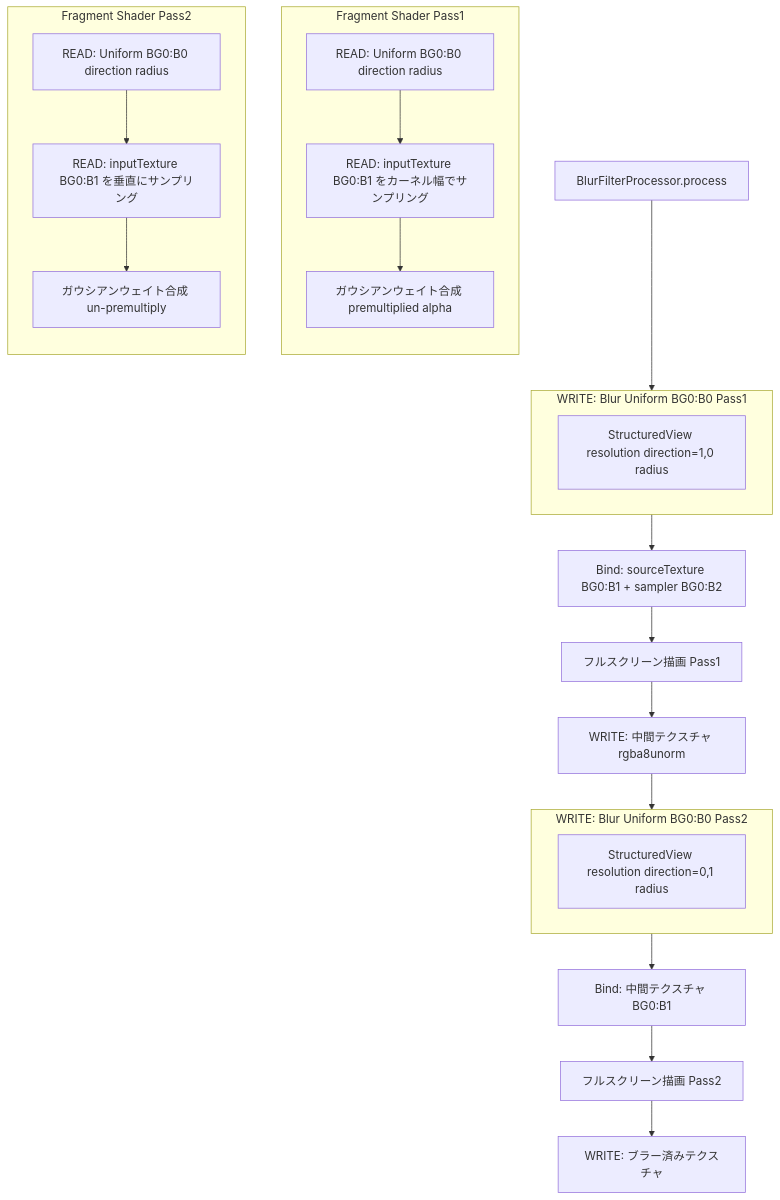
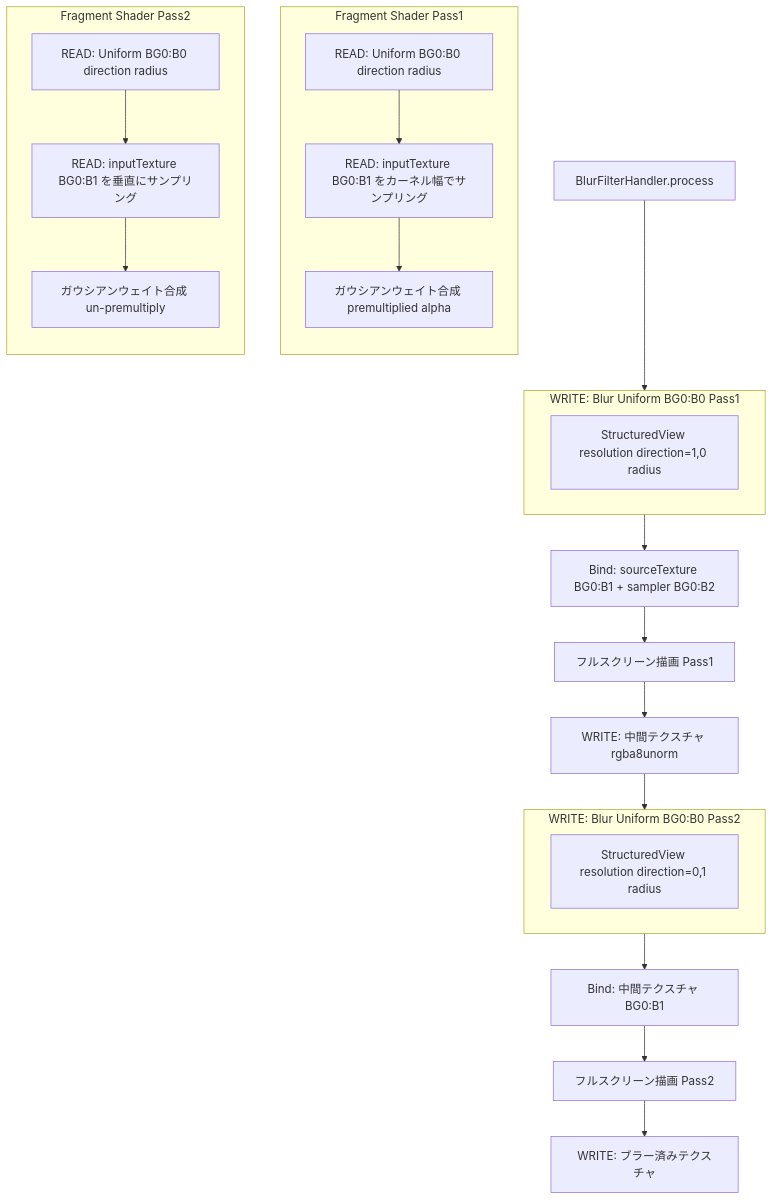
Before and after one commit to hanakla/paplico: diagram 14 of 15 in docs/renderer-architecture.md, drawn with Mermaid. The commit also changed other lines of this file and 1316 other files, not shown here.

````diff
--- a/docs/renderer-architecture.md
+++ b/docs/renderer-architecture.md
@@ -630,42 +630,42 @@
 ```mermaid
 flowchart TD
-    Blur[BlurFilterProcessor.process]
+    Blur[BlurFilterHandler.process]
 
     Blur --> WriteH
 
     subgraph WriteH [WRITE: Blur Uniform BG0:B0 Pass1]
         direction LR
         HData[StructuredView resolution direction=1,0 radius]
     end
 
     WriteH --> BindH[Bind: sourceTexture BG0:B1 + sampler BG0:B2]
     BindH --> DrawH[フルスクリーン描画 Pass1]
 
     subgraph ShaderH [Fragment Shader Pass1]
         direction TB
         ReadH[READ: Uniform BG0:B0 direction radius]
         ReadH --> SampleH[READ: inputTexture BG0:B1 をカーネル幅でサンプリング]
         SampleH --> GaussH[ガウシアンウェイト合成 premultiplied alpha]
     end
 
     DrawH --> TempTex[WRITE: 中間テクスチャ rgba8unorm]
 
     TempTex --> WriteV
 
     subgraph WriteV [WRITE: Blur Uniform BG0:B0 Pass2]
         direction LR
         VData[StructuredView resolution direction=0,1 radius]
     end
 
     WriteV --> BindV[Bind: 中間テクスチャ BG0:B1]
     BindV --> DrawV[フルスクリーン描画 Pass2]
 
     subgraph ShaderV [Fragment Shader Pass2]
         direction TB
         ReadV[READ: Uniform BG0:B0 direction radius]
         ReadV --> SampleV[READ: inputTexture BG0:B1 を垂直にサンプリング]
         SampleV --> GaussV[ガウシアンウェイト合成 un-premultiply]
     end
 
     DrawV --> Result[WRITE: ブラー済みテクスチャ]
 ```
````
